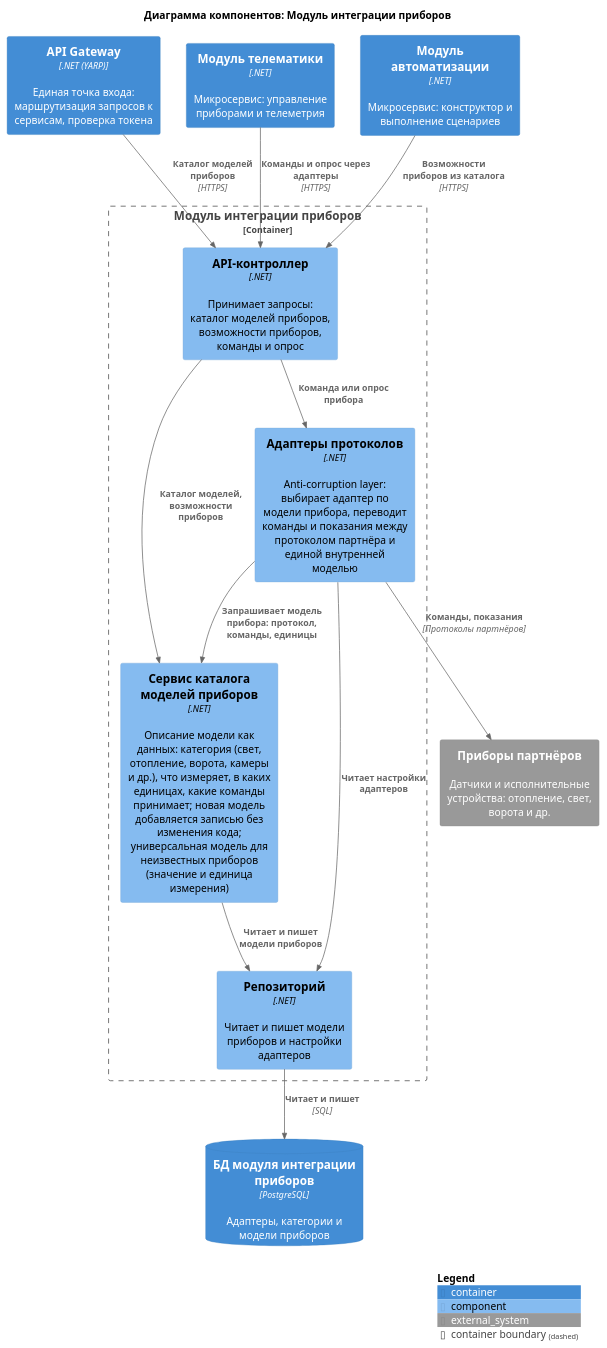
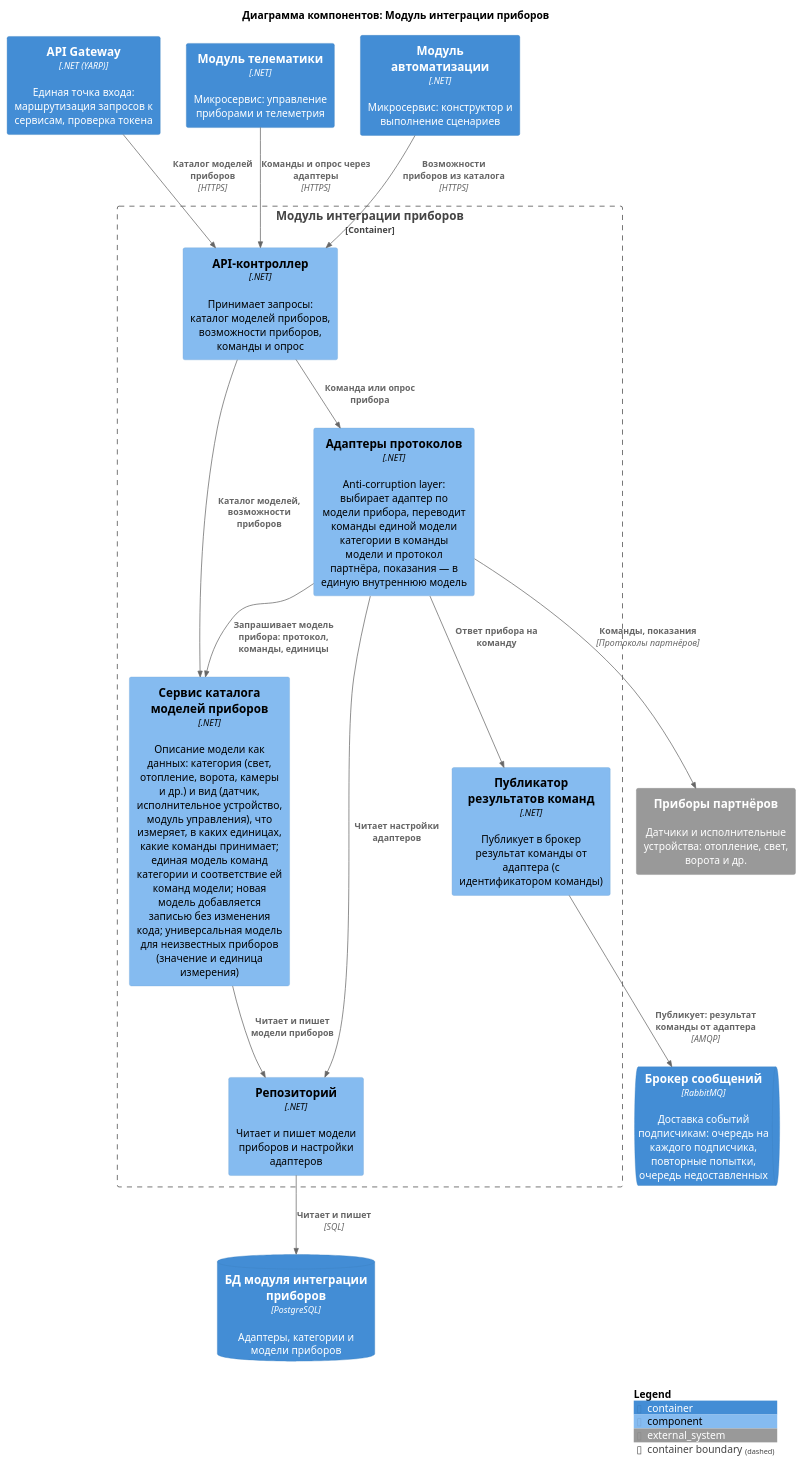
The diagram in diagrams/components/device-integration.puml (Lyamin-av/architecture-warmhouse), drawn with PlantUML before and after one commit. The commit also changed 35 other files, not shown here.

Commit message:
Диаграммы Задания 2 по решениям Задания 4: результат команды, итоговые события сервисов, correlationId, журнал команд, категория и вид прибора, SetModeAsync с температурой

```diff
--- a/diagrams/components/device-integration.puml
+++ b/diagrams/components/device-integration.puml
@@ -1,33 +1,37 @@
 @startuml device-integration
 !include <C4/C4_Component>
 
 title Диаграмма компонентов: Модуль интеграции приборов
 
 Container(Gateway, "API Gateway", ".NET (YARP)", "Единая точка входа: маршрутизация запросов к сервисам, проверка токена")
 Container(Telematics, "Модуль телематики", ".NET", "Микросервис: управление приборами и телеметрия")
 Container(Automation, "Модуль автоматизации", ".NET", "Микросервис: конструктор и выполнение сценариев")
 System_Ext(devices, "Приборы партнёров", "Датчики и исполнительные устройства: отопление, свет, ворота и др.")
+ContainerQueue(Broker, "Брокер сообщений", "RabbitMQ", "Доставка событий подписчикам: очередь на каждого подписчика, повторные попытки, очередь недоставленных")
 ContainerDb(dbDIS, "БД модуля интеграции приборов", "PostgreSQL", "Адаптеры, категории и модели приборов")
 
 Container_Boundary(DeviceIntegration, "Модуль интеграции приборов") {
     Component(api, "API-контроллер", ".NET", "Принимает запросы: каталог моделей приборов, возможности приборов, команды и опрос")
-    Component(catalog, "Сервис каталога моделей приборов", ".NET", "Описание модели как данных: категория (свет, отопление, ворота, камеры и др.), что измеряет, в каких единицах, какие команды принимает; новая модель добавляется записью без изменения кода; универсальная модель для неизвестных приборов (значение и единица измерения)")
-    Component(adapters, "Адаптеры протоколов", ".NET", "Anti-corruption layer: выбирает адаптер по модели прибора, переводит команды и показания между протоколом партнёра и единой внутренней моделью")
+    Component(catalog, "Сервис каталога моделей приборов", ".NET", "Описание модели как данных: категория (свет, отопление, ворота, камеры и др.) и вид (датчик, исполнительное устройство, модуль управления), что измеряет, в каких единицах, какие команды принимает; единая модель команд категории и соответствие ей команд модели; новая модель добавляется записью без изменения кода; универсальная модель для неизвестных приборов (значение и единица измерения)")
+    Component(adapters, "Адаптеры протоколов", ".NET", "Anti-corruption layer: выбирает адаптер по модели прибора, переводит команды единой модели категории в команды модели и протокол партнёра, показания — в единую внутреннюю модель")
+    Component(publisher, "Публикатор результатов команд", ".NET", "Публикует в брокер результат команды от адаптера (с идентификатором команды)")
     Component(repo, "Репозиторий", ".NET", "Читает и пишет модели приборов и настройки адаптеров")
 }
 
 Rel(Gateway, api, "Каталог моделей приборов", "HTTPS")
 Rel(Telematics, api, "Команды и опрос через адаптеры", "HTTPS")
 Rel(Automation, api, "Возможности приборов из каталога", "HTTPS")
 
 Rel(api, catalog, "Каталог моделей, возможности приборов")
 Rel(api, adapters, "Команда или опрос прибора")
 Rel(adapters, catalog, "Запрашивает модель прибора: протокол, команды, единицы")
 Rel(adapters, devices, "Команды, показания", "Протоколы партнёров")
+Rel(adapters, publisher, "Ответ прибора на команду")
+Rel(publisher, Broker, "Публикует: результат команды от адаптера", "AMQP")
 
 Rel(catalog, repo, "Читает и пишет модели приборов")
 Rel(adapters, repo, "Читает настройки адаптеров")
 Rel(repo, dbDIS, "Читает и пишет", "SQL")
 
 SHOW_LEGEND()
 @enduml
```
